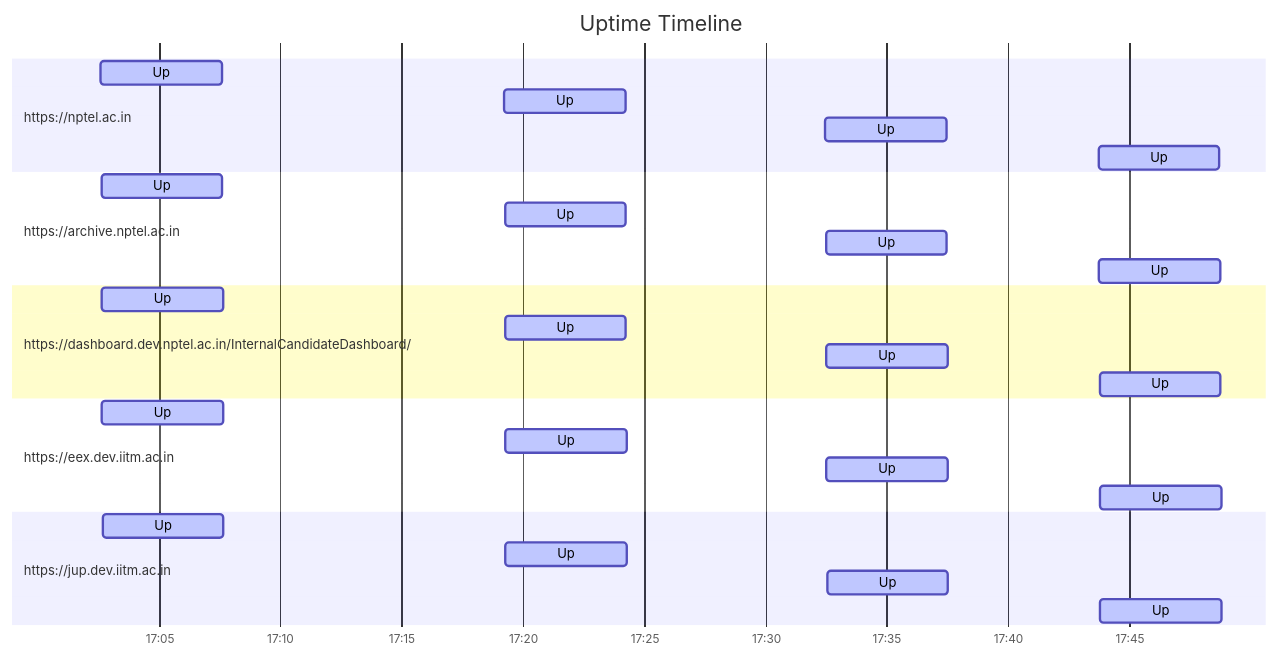
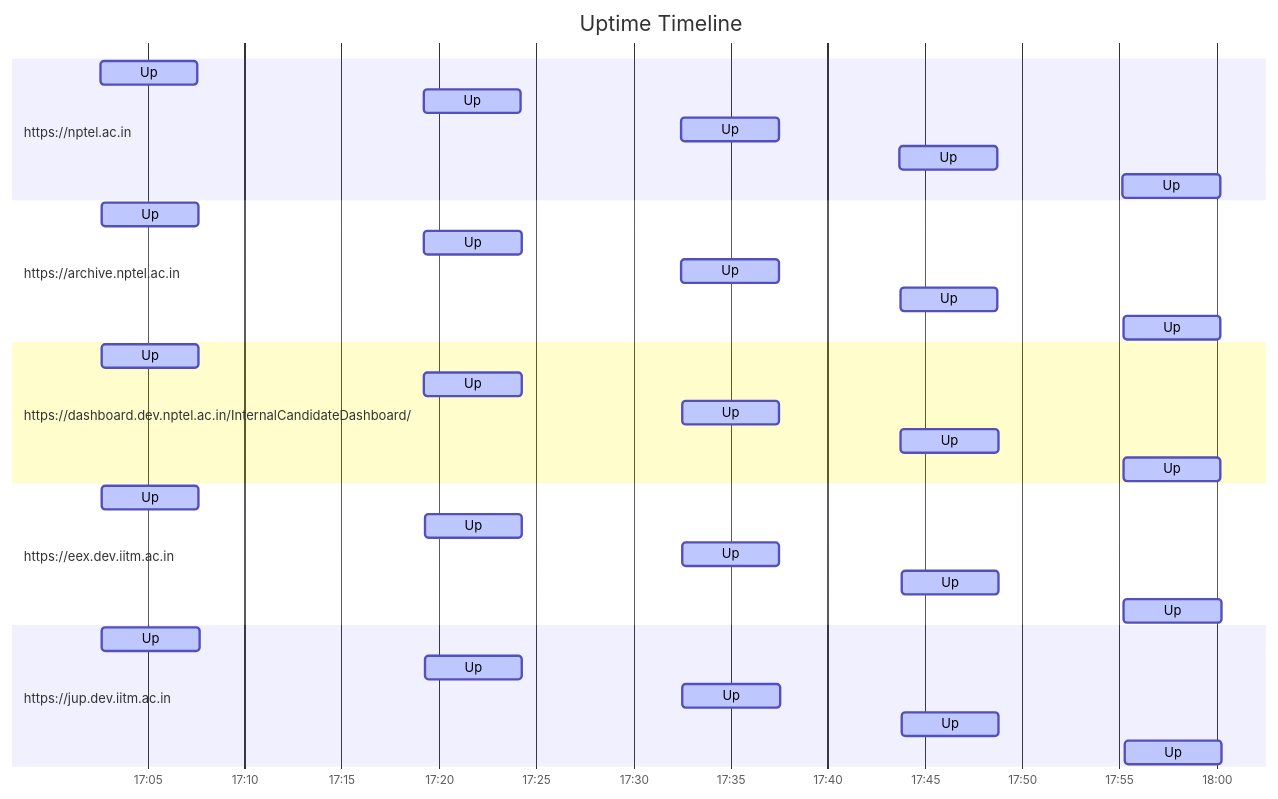
The diagram in results.md (nchandra75/monitor), drawn with Mermaid before and after one commit. The commit also changed other lines of this file and 1 other file, not shown here.

````diff
--- a/results.md
+++ b/results.md
@@ -21,31 +21,36 @@
 ```mermaid
 gantt
     title Uptime Timeline
     dateFormat YYYY-MM-DD HH:mm:ss
     axisFormat %H:%M
     section https://nptel.ac.in
         Up: active, 2024-09-13 17:02:35, 5m
         Up: active, 2024-09-13 17:19:13, 5m
         Up: active, 2024-09-13 17:32:28, 5m
         Up: active, 2024-09-13 17:43:43, 5m
+        Up: active, 2024-09-13 17:55:11, 5m
     section https://archive.nptel.ac.in
         Up: active, 2024-09-13 17:02:37, 5m
         Up: active, 2024-09-13 17:19:15, 5m
         Up: active, 2024-09-13 17:32:29, 5m
         Up: active, 2024-09-13 17:43:45, 5m
+        Up: active, 2024-09-13 17:55:13, 5m
     section https://dashboard.dev.nptel.ac.in/InternalCandidateDashboard/
         Up: active, 2024-09-13 17:02:38, 5m
         Up: active, 2024-09-13 17:19:15, 5m
         Up: active, 2024-09-13 17:32:30, 5m
         Up: active, 2024-09-13 17:43:46, 5m
+        Up: active, 2024-09-13 17:55:13, 5m
     section https://eex.dev.iitm.ac.in
         Up: active, 2024-09-13 17:02:39, 5m
         Up: active, 2024-09-13 17:19:16, 5m
         Up: active, 2024-09-13 17:32:31, 5m
         Up: active, 2024-09-13 17:43:47, 5m
+        Up: active, 2024-09-13 17:55:15, 5m
     section https://jup.dev.iitm.ac.in
         Up: active, 2024-09-13 17:02:40, 5m
         Up: active, 2024-09-13 17:19:17, 5m
         Up: active, 2024-09-13 17:32:32, 5m
         Up: active, 2024-09-13 17:43:48, 5m
+        Up: active, 2024-09-13 17:55:16, 5m
 ```
````
